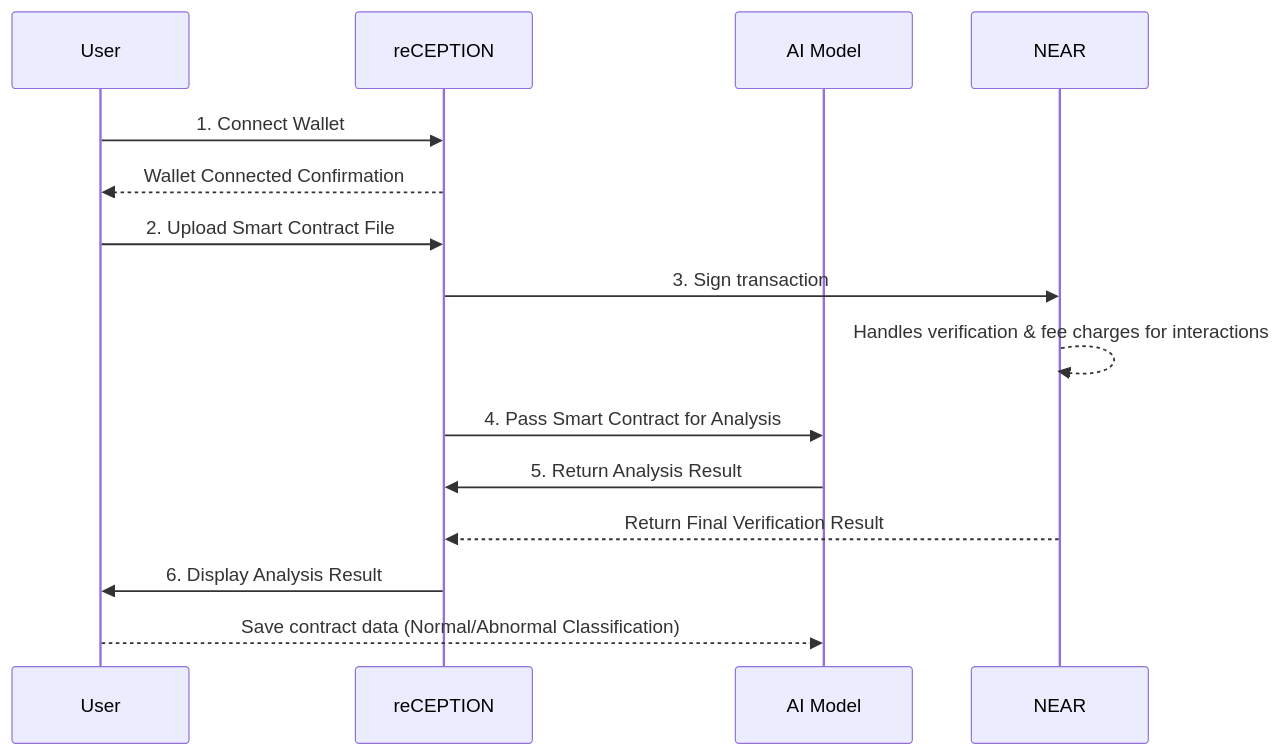
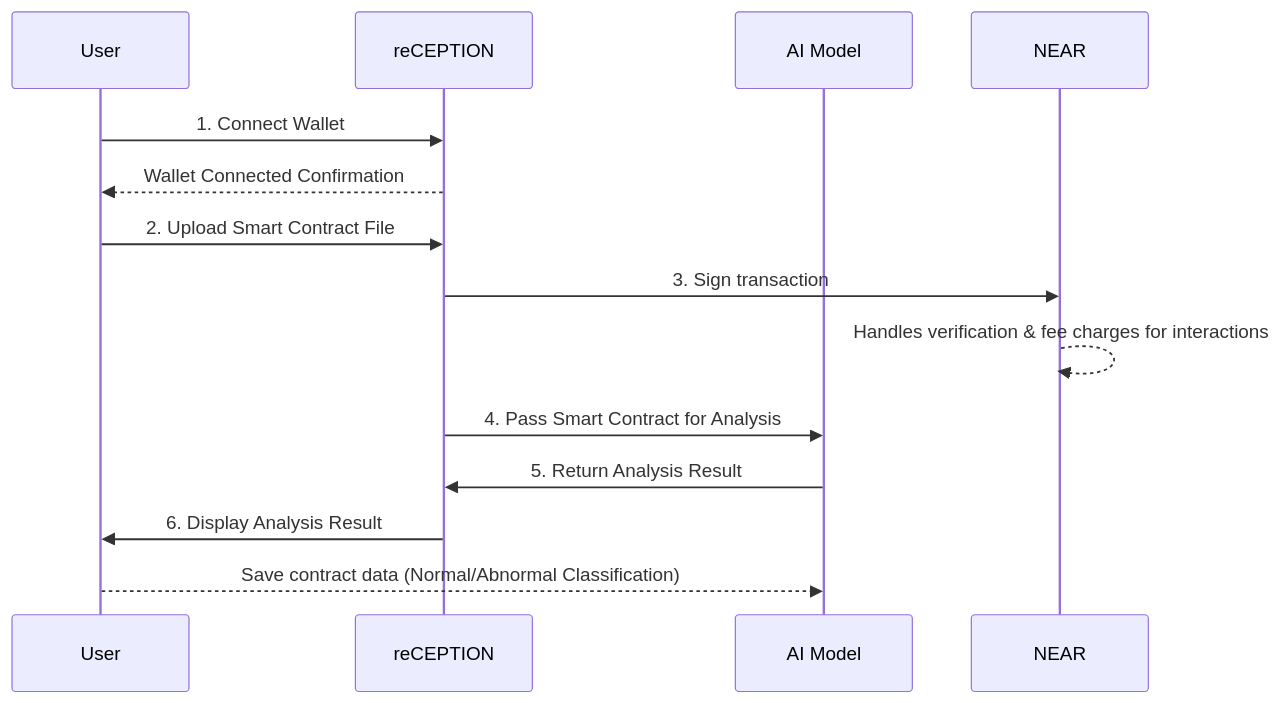
Before and after one commit to Julius-Ky/reCeption: the second of 3 diagrams in README.md, drawn with Mermaid. The commit also changed other lines of this file, not shown here.

````diff
--- a/README.md
+++ b/README.md
@@ -98,18 +97,17 @@
 ```mermaid
 sequenceDiagram
 participant User
 participant reCEPTION
 participant AI as AI Model
 participant NEAR
 
 User ->> reCEPTION: 1. Connect Wallet
 reCEPTION -->> User: Wallet Connected Confirmation
 User ->> reCEPTION: 2. Upload Smart Contract File
 reCEPTION ->> NEAR: 3. Sign transaction
 NEAR -->> NEAR: Handles verification & fee charges for interactions
 reCEPTION ->> AI: 4. Pass Smart Contract for Analysis
 AI ->> reCEPTION: 5. Return Analysis Result
-NEAR -->> reCEPTION: Return Final Verification Result
 reCEPTION ->> User: 6. Display Analysis Result
 User -->> AI: Save contract data (Normal/Abnormal Classification)
 ```
````
